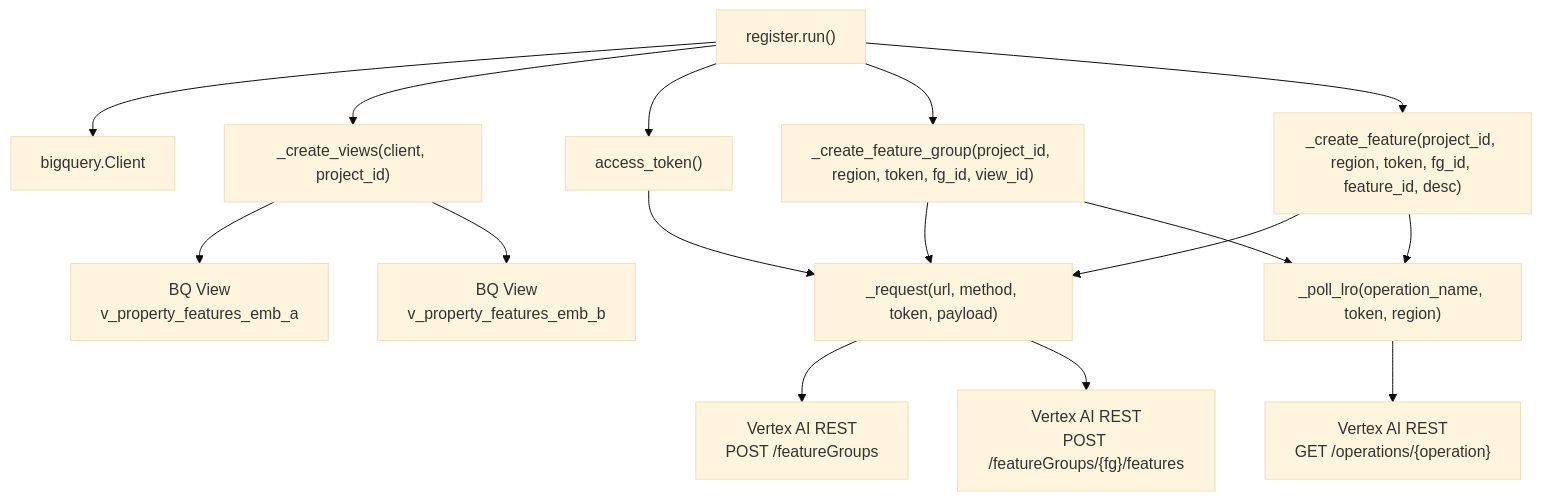
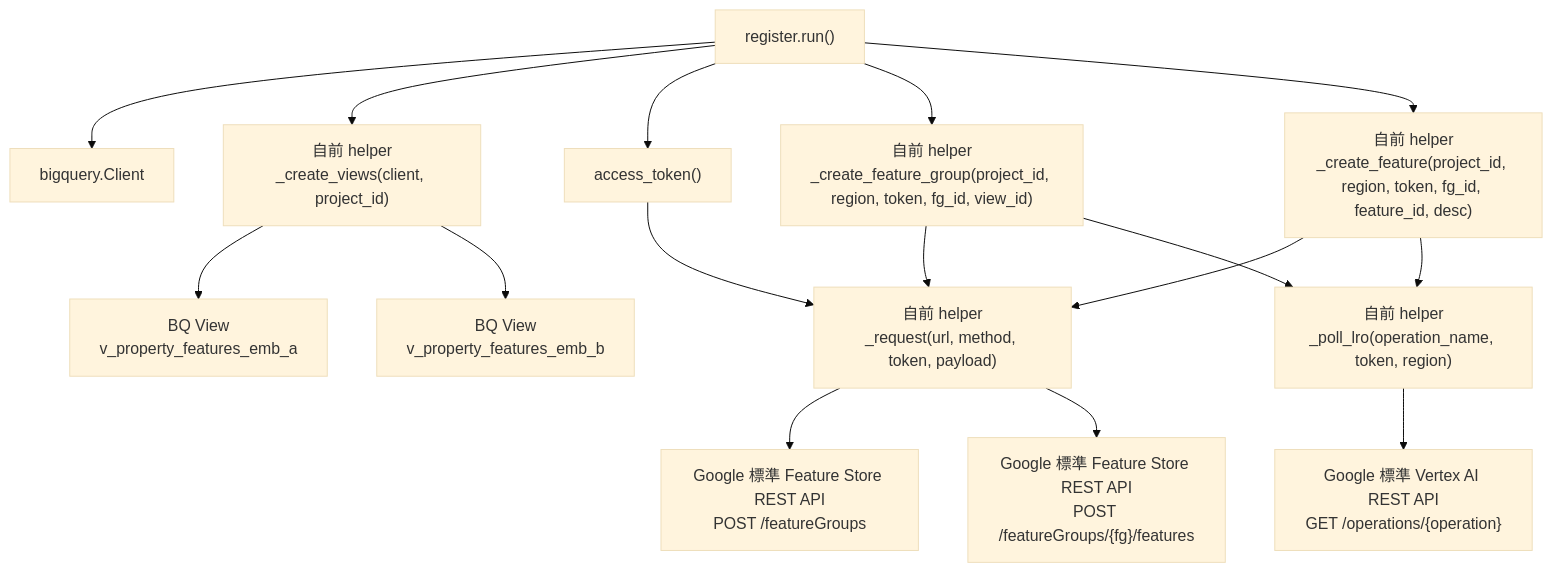
Before and after one commit to kurosawa-kuro/study-gcp-feature-store-offline: the second of 3 diagrams in docs/04_重要コード説明.md, drawn with Mermaid (base theme). The commit also changed other lines of this file, not shown here.

````diff
--- a/docs/04_重要コード説明.md
+++ b/docs/04_重要コード説明.md
@@ -255,37 +280,37 @@
 ```mermaid
 flowchart TB
     run["register.run()"]
     auth["access_token()"]
-    create_views["_create_views(client, project_id)"]
-    create_fg["_create_feature_group(project_id, region, token, fg_id, view_id)"]
-    create_feature["_create_feature(project_id, region, token, fg_id, feature_id, desc)"]
-    request["_request(url, method, token, payload)"]
-    poll["_poll_lro(operation_name, token, region)"]
+    create_views["自前 helper<br/>_create_views(client, project_id)"]
+    create_fg["自前 helper<br/>_create_feature_group(project_id, region, token, fg_id, view_id)"]
+    create_feature["自前 helper<br/>_create_feature(project_id, region, token, fg_id, feature_id, desc)"]
+    request["自前 helper<br/>_request(url, method, token, payload)"]
+    poll["自前 helper<br/>_poll_lro(operation_name, token, region)"]
 
     bq_client["bigquery.Client"]
     bq_view_a["BQ View<br/>v_property_features_emb_a"]
     bq_view_b["BQ View<br/>v_property_features_emb_b"]
-    rest_fg["Vertex AI REST<br/>POST /featureGroups"]
-    rest_feature["Vertex AI REST<br/>POST /featureGroups/{fg}/features"]
-    rest_lro["Vertex AI REST<br/>GET /operations/{operation}"]
+    rest_fg["Google 標準 Feature Store REST API<br/>POST /featureGroups"]
+    rest_feature["Google 標準 Feature Store REST API<br/>POST /featureGroups/{fg}/features"]
+    rest_lro["Google 標準 Vertex AI REST API<br/>GET /operations/{operation}"]
 
     run --> bq_client
     run --> create_views
     run --> auth
     run --> create_fg
     run --> create_feature
 
     create_views --> bq_view_a
     create_views --> bq_view_b
 
     create_fg --> request
     request --> rest_fg
     create_fg --> poll
     poll --> rest_lro
 
     create_feature --> request
     request --> rest_feature
     create_feature --> poll
 
     auth --> request
 ```
````
